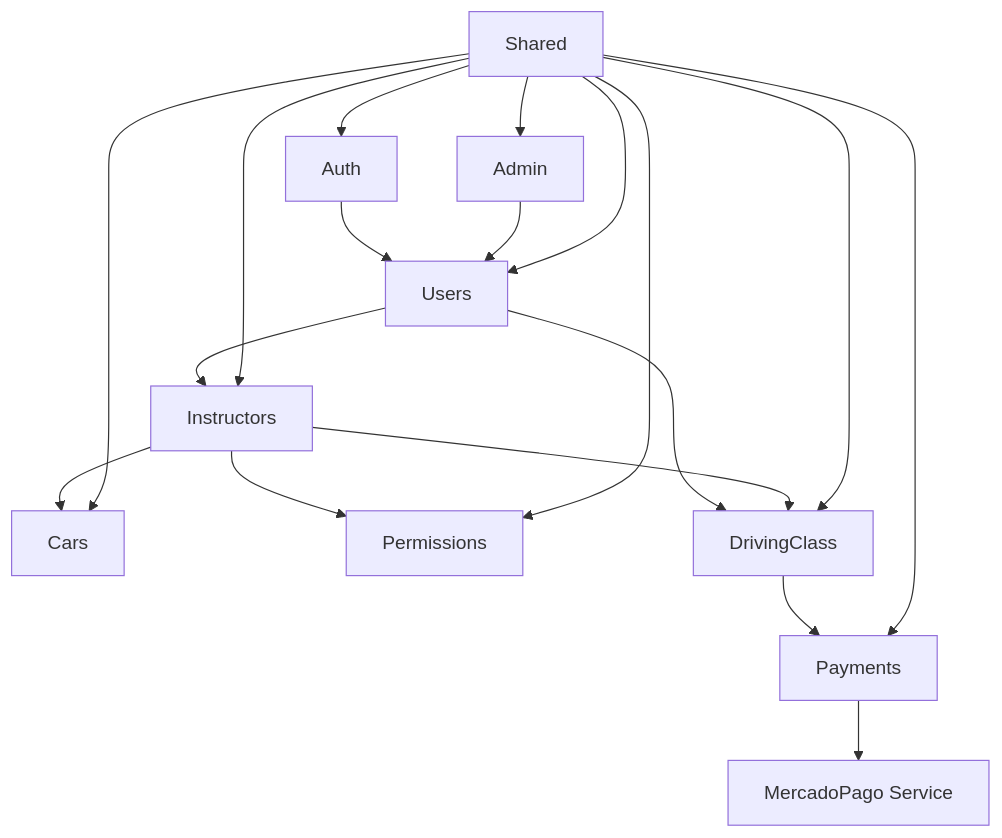
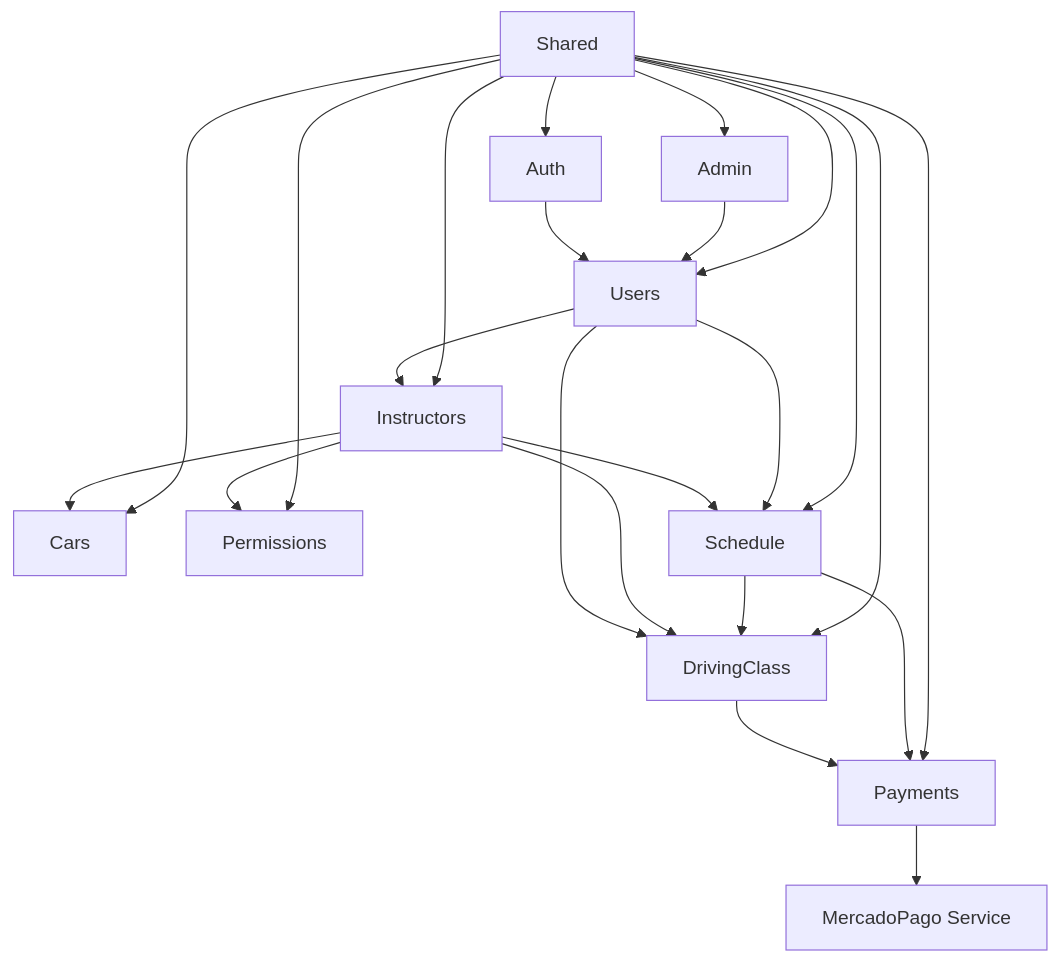
The diagram in ARCHITECTURE.md (GonzaFonzalida/ManejApp), drawn with Mermaid before and after one commit. The commit also changed other lines of this file and 16 other files, not shown here.

````diff
--- a/ARCHITECTURE.md
+++ b/ARCHITECTURE.md
@@ -102,20 +114,25 @@
 ```mermaid
 graph TD
     A[Auth] --> B[Users]
     B --> C[Instructors]
     C --> D[Cars]
     C --> E[Permissions]
     B --> F[DrivingClass]
     C --> F
     F --> G[Payments]
     G --> H[MercadoPago Service]
-    I[Admin] --> B
-    J[Shared] --> A
-    J --> B
-    J --> C
-    J --> D
-    J --> E
-    J --> F
-    J --> G
-    J --> I
+    C --> I[Schedule]
+    B --> I
+    I --> F
+    I --> G
+    J[Admin] --> B
+    K[Shared] --> A
+    K --> B
+    K --> C
+    K --> D
+    K --> E
+    K --> F
+    K --> G
+    K --> I
+    K --> J
 ```
````
